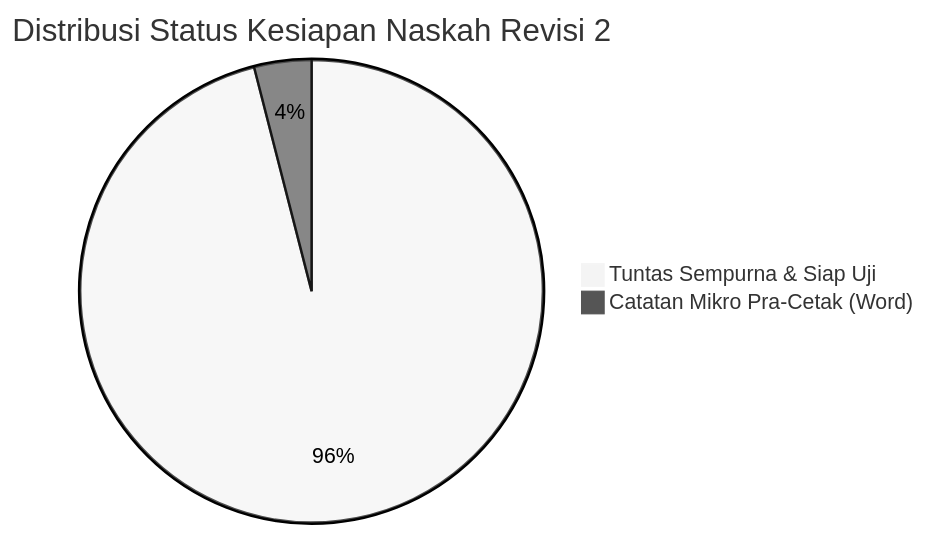
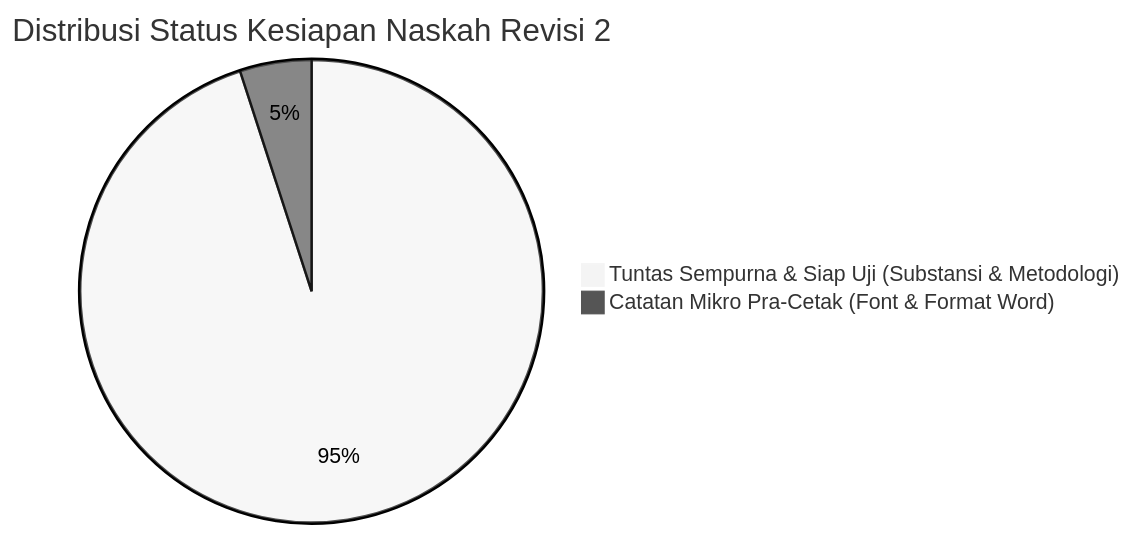
The diagram in audit_mahasiswa/laporan_audit_proposal_dhafin_revisi2_acc.md (antonprafanto/thesis-consultation), drawn with Mermaid (neutral theme) before and after one commit. The commit also changed other lines of this file, not shown here.

Commit message:
docs(audit): perbarui laporan audit akhir Ahmad Dhafin dengan audit tipografi font masif (Calibri/Arial) dan atribusi gambar

````diff
--- a/audit_mahasiswa/laporan_audit_proposal_dhafin_revisi2_acc.md
+++ b/audit_mahasiswa/laporan_audit_proposal_dhafin_revisi2_acc.md
@@ -24,5 +24,5 @@
 ```mermaid
 pie title Distribusi Status Kesiapan Naskah Revisi 2
-    "Tuntas Sempurna & Siap Uji" : 96
-    "Catatan Mikro Pra-Cetak (Word)" : 4
+    "Tuntas Sempurna & Siap Uji (Substansi & Metodologi)" : 95
+    "Catatan Mikro Pra-Cetak (Font & Format Word)" : 5
 ```
````
